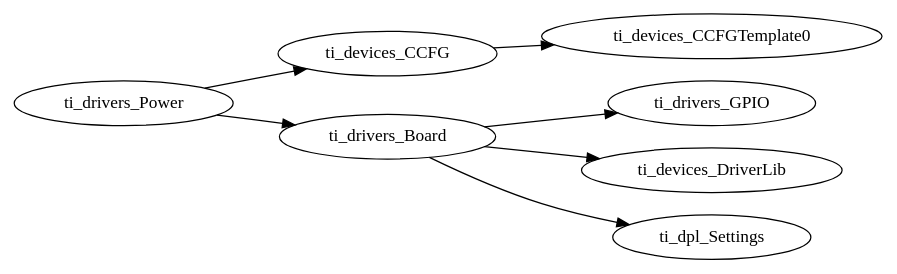
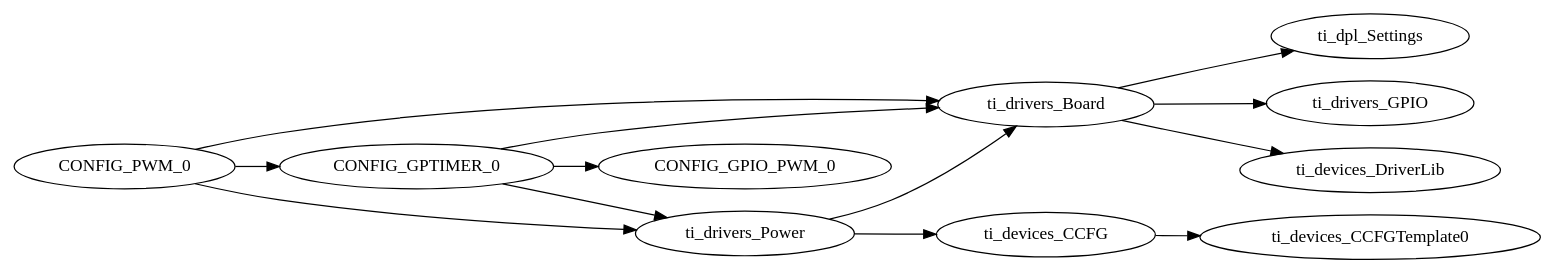
One commit to PramoSan/LED_Task_TL changed the diagram in Debug/syscfg/ti_utils_runtime_model.gv. Above: the diagram before and after it, drawn with Graphviz. The commit also changed 12 other files, not shown here.

```diff
--- a/Debug/syscfg/ti_utils_runtime_model.gv
+++ b/Debug/syscfg/ti_utils_runtime_model.gv
@@ -1,24 +1,34 @@
 digraph Model
 {
     graph[rankdir=LR]
 
     // mod.$name=/ti/devices/CCFG
     ti_devices_CCFG -> ti_devices_CCFGTemplate0
 
     // mod.$name=/ti/devices/CCFGTemplate
 
     // mod.$name=/ti/devices/DriverLib
 
     // mod.$name=/ti/dpl/Settings
 
     // mod.$name=/ti/drivers/Board
     ti_drivers_Board -> ti_drivers_GPIO
     ti_drivers_Board -> ti_devices_DriverLib
     ti_drivers_Board -> ti_dpl_Settings
 
     // mod.$name=/ti/drivers/GPIO
 
+    // mod.$name=/ti/drivers/PWM
+    CONFIG_PWM_0 -> ti_drivers_Power
+    CONFIG_PWM_0 -> ti_drivers_Board
+    CONFIG_PWM_0 -> CONFIG_GPTIMER_0
+
     // mod.$name=/ti/drivers/Power
     ti_drivers_Power -> ti_devices_CCFG
     ti_drivers_Power -> ti_drivers_Board
+
+    // mod.$name=/ti/drivers/timer/GPTimerCC26XX
+    CONFIG_GPTIMER_0 -> ti_drivers_Power
+    CONFIG_GPTIMER_0 -> ti_drivers_Board
+    CONFIG_GPTIMER_0 -> CONFIG_GPIO_PWM_0
 }
```
